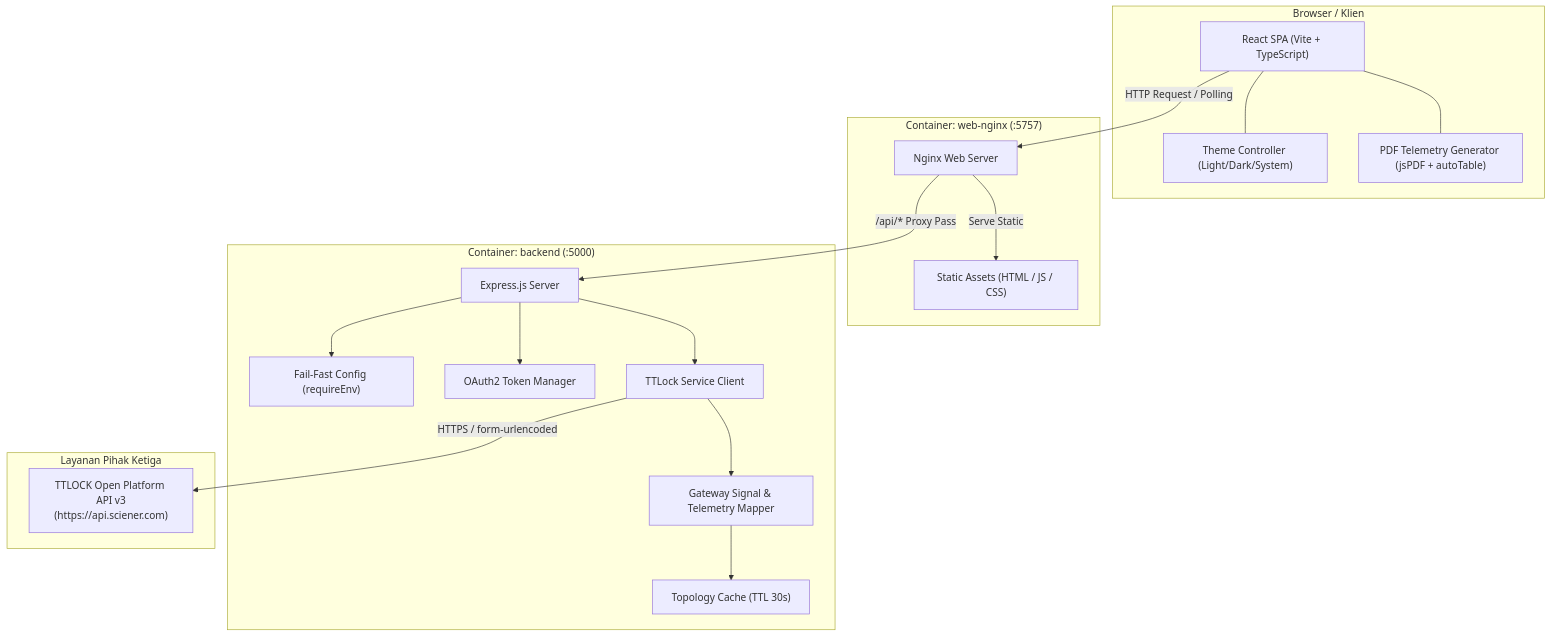
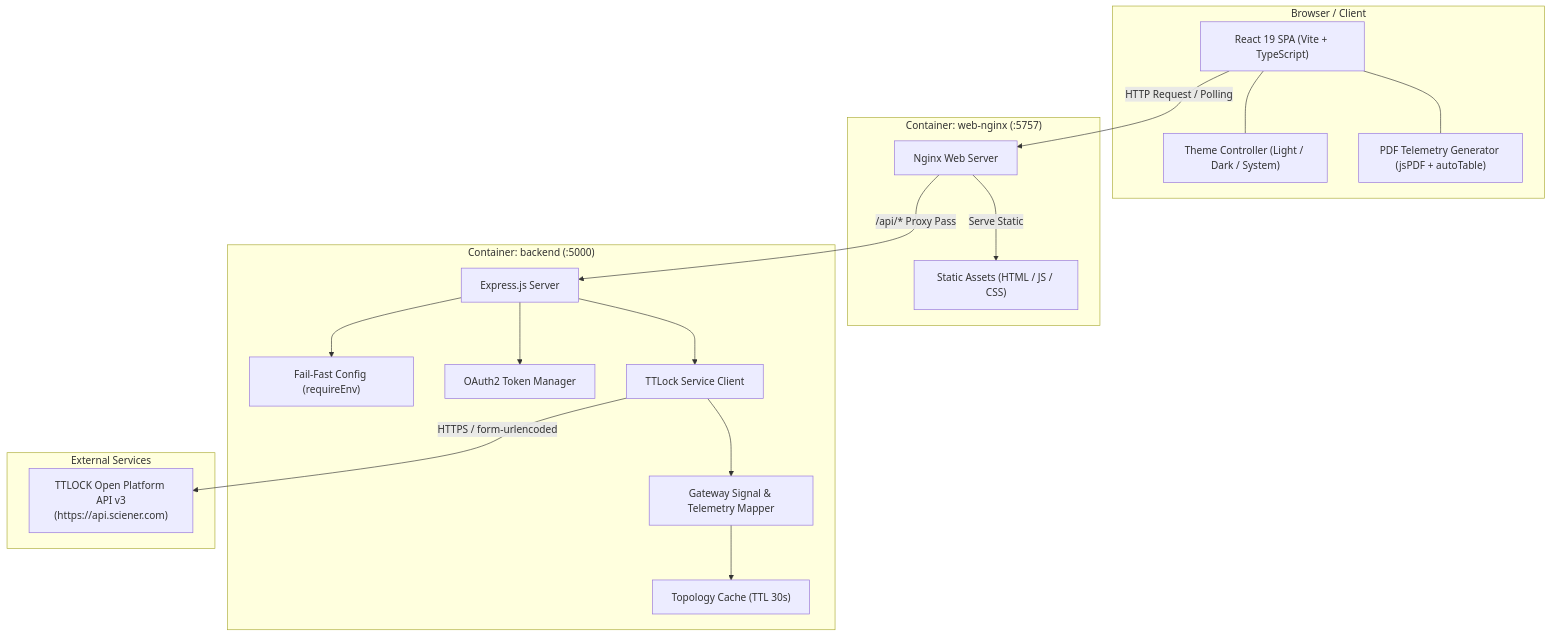
Before and after one commit to helmipradita/ttlock-dashboard: the first of 7 diagrams in docs/ARCHITECTURE.md, drawn with Mermaid. The commit also changed other lines of this file and 9 other files, not shown here.

````diff
--- a/docs/ARCHITECTURE.md
+++ b/docs/ARCHITECTURE.md
@@ -11,39 +11,39 @@
 ```mermaid
 graph TB
-    subgraph Klien["Browser / Klien"]
-        SPA["React SPA (Vite + TypeScript)"]
-        ThemeCtrl["Theme Controller (Light/Dark/System)"]
+    subgraph Client["Browser / Client"]
+        SPA["React 19 SPA (Vite + TypeScript)"]
+        ThemeCtrl["Theme Controller (Light / Dark / System)"]
         PdfGen["PDF Telemetry Generator (jsPDF + autoTable)"]
         SPA --- ThemeCtrl
         SPA --- PdfGen
     end
 
     subgraph ContainerProxy["Container: web-nginx (:5757)"]
         NginxProxy["Nginx Web Server"]
         StaticDist["Static Assets (HTML / JS / CSS)"]
         NginxProxy -->|"Serve Static"| StaticDist
     end
 
     subgraph ContainerBackend["Container: backend (:5000)"]
         ExpressApp["Express.js Server"]
         ConfigFailFast["Fail-Fast Config (requireEnv)"]
         AuthService["OAuth2 Token Manager"]
         LockService["TTLock Service Client"]
         SignalMapper["Gateway Signal & Telemetry Mapper"]
         TopoCache["Topology Cache (TTL 30s)"]
 
         ExpressApp --> ConfigFailFast
         ExpressApp --> AuthService
         ExpressApp --> LockService
         LockService --> SignalMapper
         SignalMapper --> TopoCache
     end
 
-    subgraph External["Layanan Pihak Ketiga"]
+    subgraph External["External Services"]
         TTLockCloud["TTLOCK Open Platform API v3<br/>(https://api.sciener.com)"]
     end
 
     SPA -->|"HTTP Request / Polling"| NginxProxy
     NginxProxy -->|"/api/* Proxy Pass"| ExpressApp
     LockService -->|"HTTPS / form-urlencoded"| TTLockCloud
 ```
````
